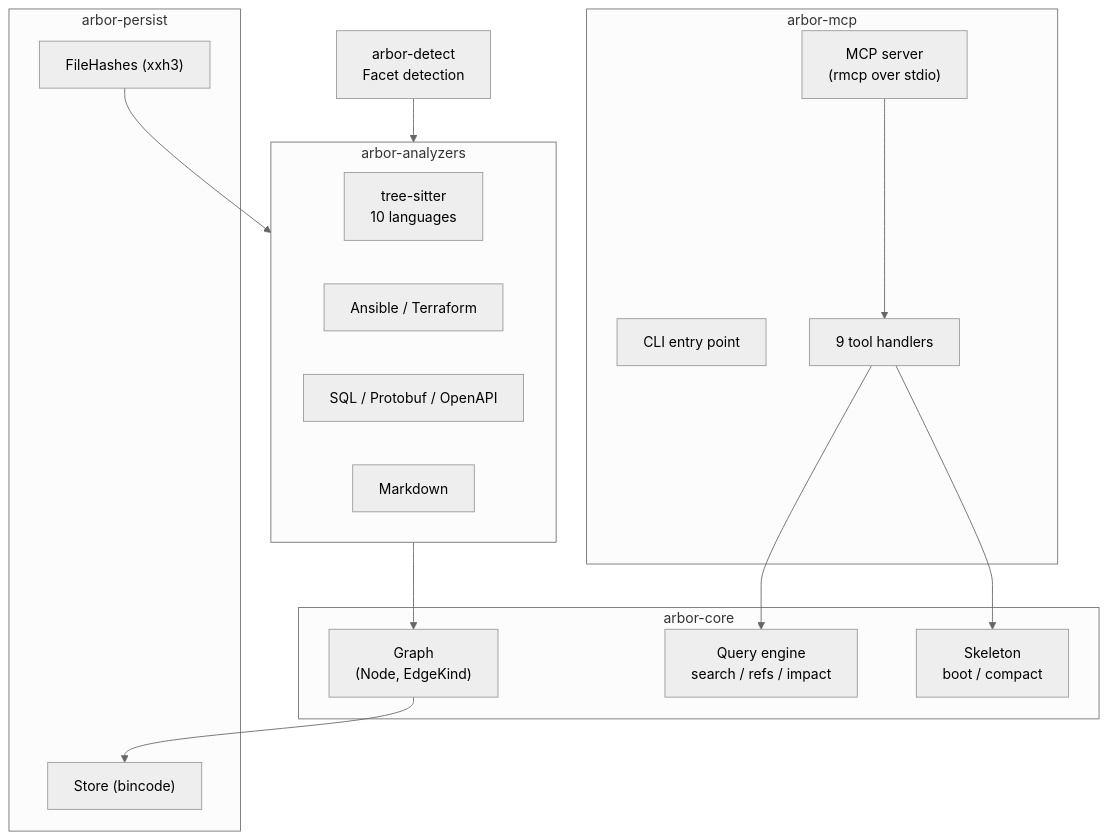
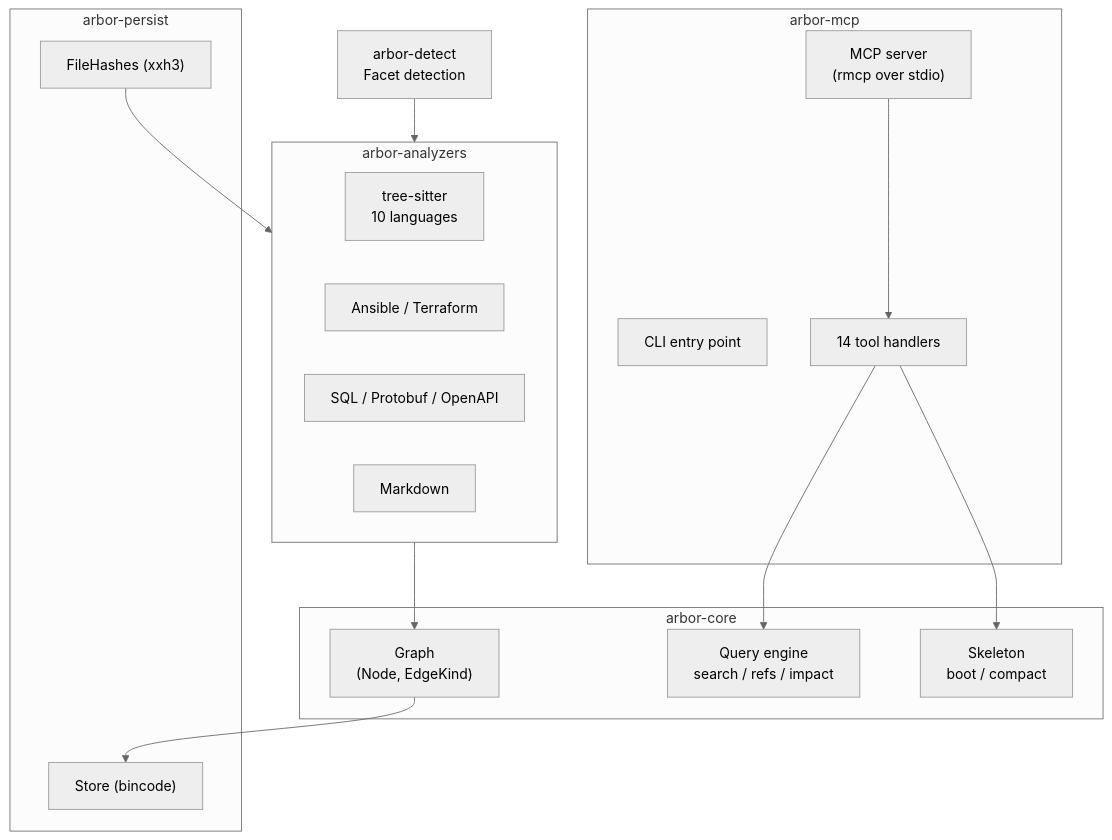
The second of 2 diagrams in README.md (nikita-voronoy/arbor), drawn with Mermaid (neutral theme) before and after one commit. The commit also changed other lines of this file and 19 other files, not shown here.

````diff
--- a/README.md
+++ b/README.md
@@ -289,36 +299,36 @@
 ```mermaid
 graph TB
     subgraph arbor-mcp["arbor-mcp"]
         MCP["MCP server<br>(rmcp over stdio)"]
         CLI["CLI entry point"]
-        H["9 tool handlers"]
+        H["14 tool handlers"]
     end
 
     subgraph arbor-analyzers["arbor-analyzers"]
         TS["tree-sitter<br>10 languages"]
         IAC["Ansible / Terraform"]
         SCH["SQL / Protobuf / OpenAPI"]
         DOC["Markdown"]
     end
 
     subgraph arbor-core["arbor-core"]
         G["Graph<br>(Node, EdgeKind)"]
         Q["Query engine<br>search / refs / impact"]
         SK["Skeleton<br>boot / compact"]
     end
 
     subgraph arbor-persist["arbor-persist"]
         ST["Store (bincode)"]
         FH["FileHashes (xxh3)"]
     end
 
     DET["arbor-detect<br>Facet detection"]
 
     MCP --> H
     H --> Q
     H --> SK
     arbor-analyzers --> G
     DET --> arbor-analyzers
     G --> ST
     FH --> arbor-analyzers
 ```
````
